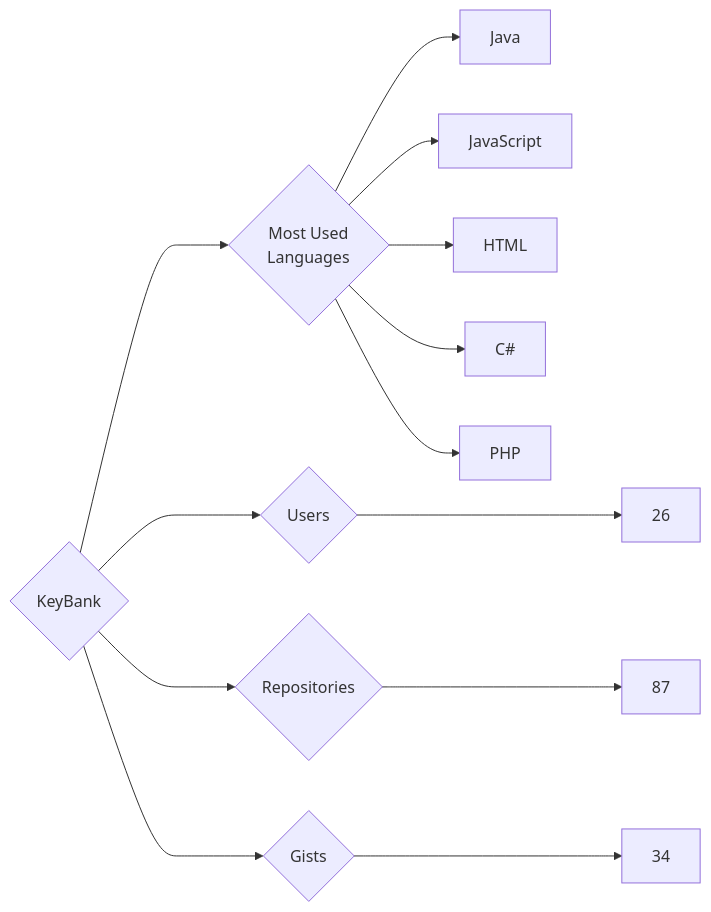
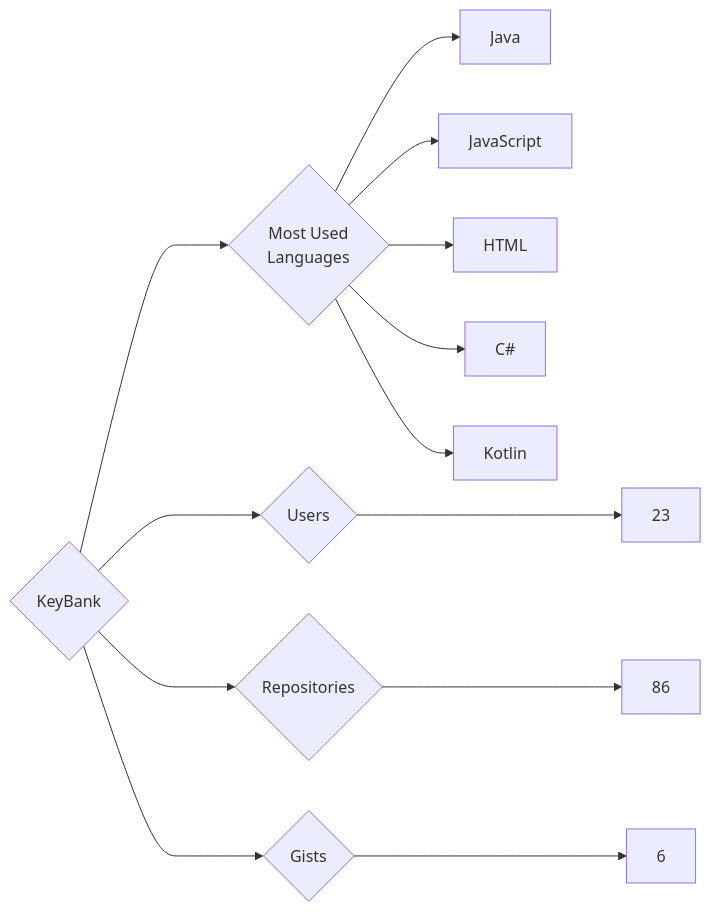
The diagram in targets/KeyBank/README.md (trickest/insiders), drawn with Mermaid before and after one commit. The commit also changed 872 other files, not shown here.

````diff
--- a/targets/KeyBank/README.md
+++ b/targets/KeyBank/README.md
@@ -3,13 +3,13 @@
 ```mermaid
 graph LR
 COMPANY_NAME{KeyBank}
-COMPANY_NAME ---> U{Users} ---> UN[26]
-COMPANY_NAME ---> R{Repositories} ---> RN[87]
-COMPANY_NAME ---> G{Gists} ---> GN[34]
+COMPANY_NAME ---> U{Users} ---> UN[23]
+COMPANY_NAME ---> R{Repositories} ---> RN[86]
+COMPANY_NAME ---> G{Gists} ---> GN[6]
 COMPANY_NAME ---> ML{Most Used<br>Languages}
 ML --> Java[Java]
 ML --> JavaScript[JavaScript]
 ML --> HTML[HTML]
 ML --> C#[C#]
-ML --> PHP[PHP]
+ML --> Kotlin[Kotlin]
 ```
````
